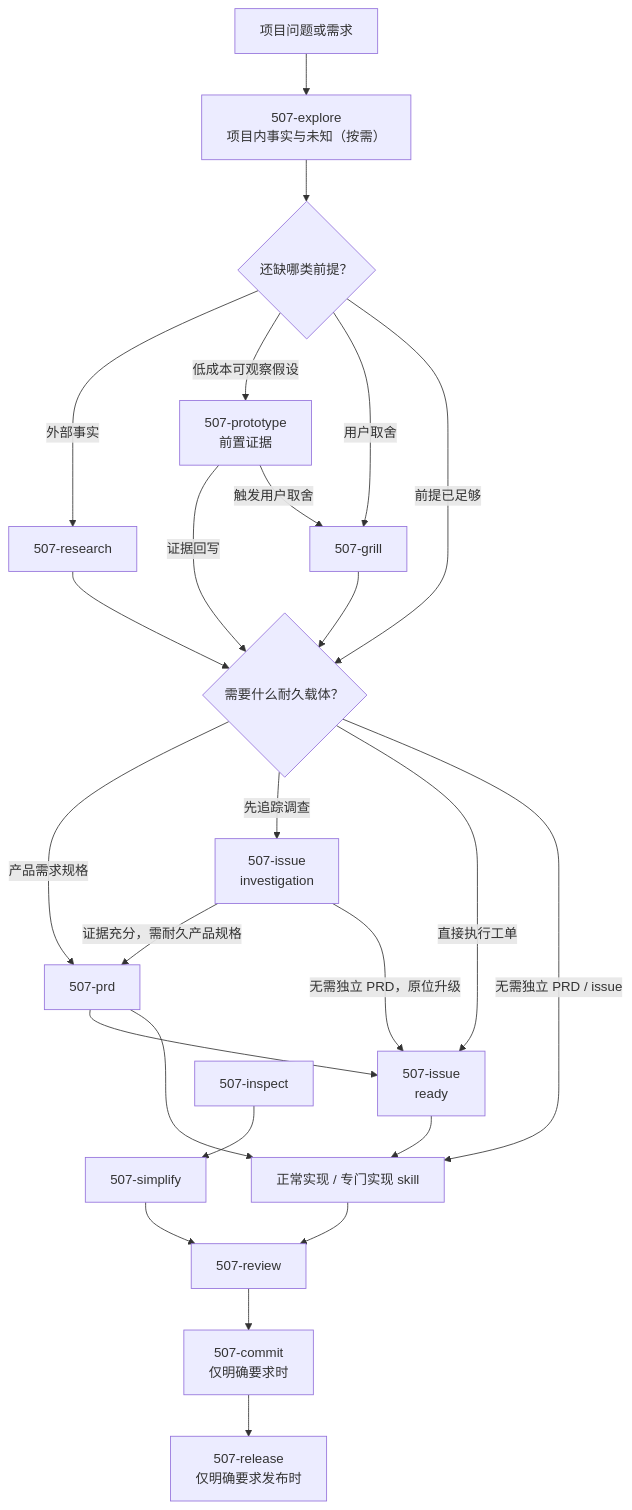
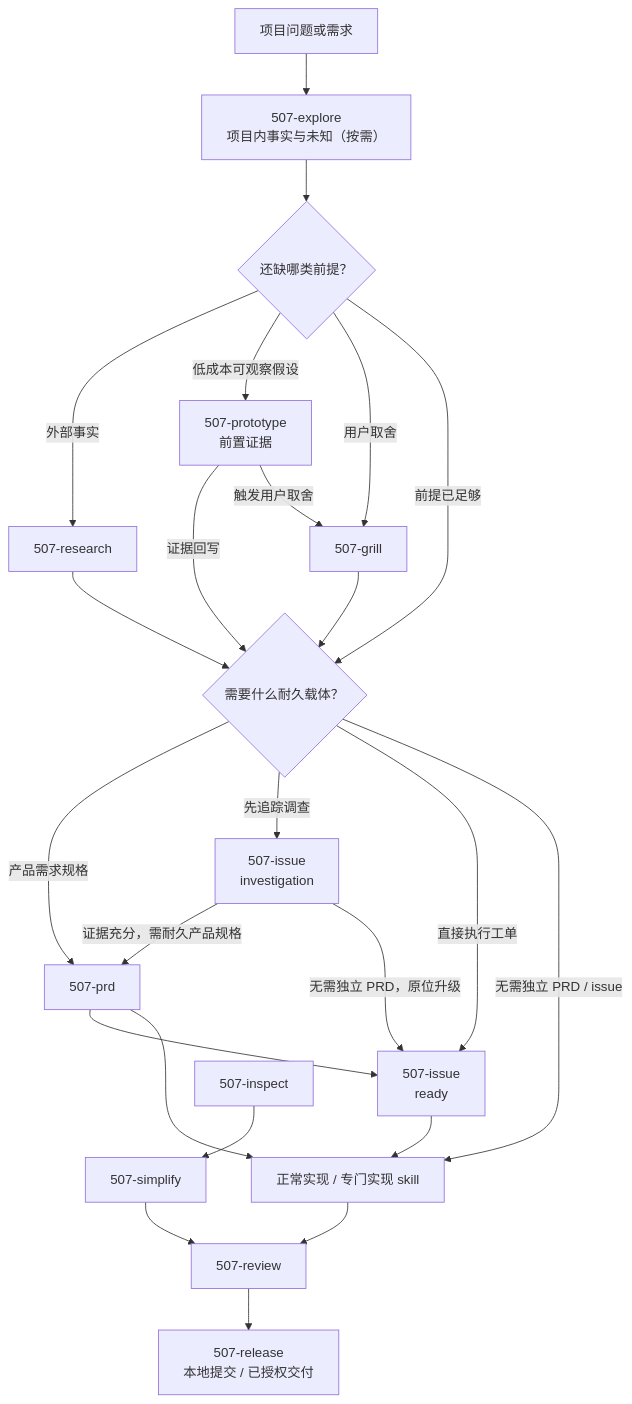
Before and after one commit to ssdiwu/507-skills: the diagram in code/README.md, drawn with Mermaid. The commit also changed other lines of this file and 104 other files, not shown here.

````diff
--- a/code/README.md
+++ b/code/README.md
@@ -7,29 +7,28 @@
 ```mermaid
 flowchart TD
     problem["项目问题或需求"] --> explore["507-explore<br/>项目内事实与未知（按需）"]
     explore --> evidence{"还缺哪类前提？"}
     evidence -->|"外部事实"| research["507-research"]
     evidence -->|"低成本可观察假设"| prototype["507-prototype<br/>前置证据"]
     evidence -->|"用户取舍"| grill["507-grill"]
     evidence -->|"前提已足够"| ready{"需要什么耐久载体？"}
     research --> ready
     prototype -->|"证据回写"| ready
     prototype -->|"触发用户取舍"| grill
     grill --> ready
 
     ready -->|"产品需求规格"| prd["507-prd"]
     ready -->|"先追踪调查"| investigation["507-issue<br/>investigation"]
     ready -->|"直接执行工单"| issue["507-issue<br/>ready"]
     ready -->|"无需独立 PRD / issue"| implement["正常实现 / 专门实现 skill"]
     investigation -->|"证据充分，需耐久产品规格"| prd
     investigation -->|"无需独立 PRD，原位升级"| issue
     prd --> issue
     prd --> implement
     issue --> implement
 
     implement --> review["507-review"]
-    review --> commit["507-commit<br/>仅明确要求时"]
-    commit --> release["507-release<br/>仅明确要求发布时"]
+    review --> release["507-release<br/>本地提交 / 已授权交付"]
 
     inspect["507-inspect"] --> simplify["507-simplify"] --> review
 ```
````
